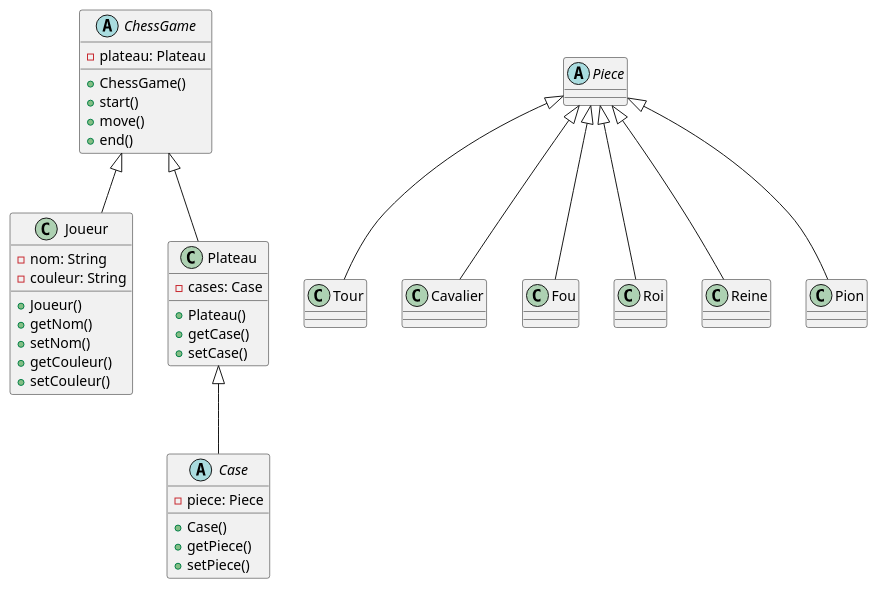
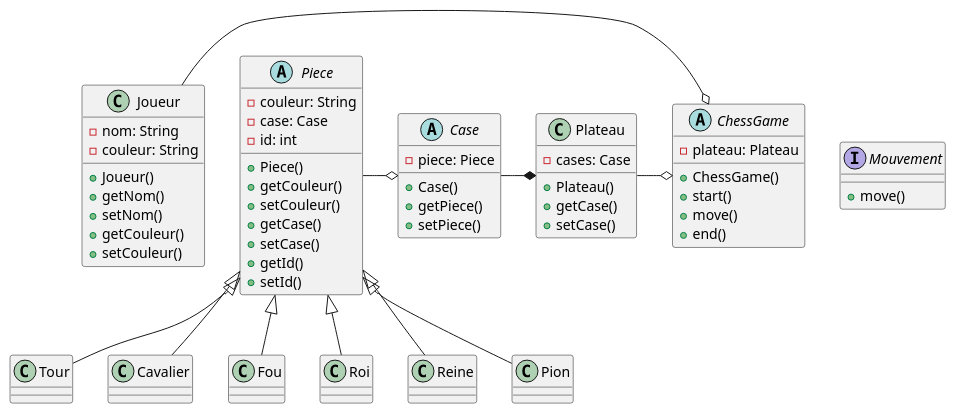
The diagram in DiagrammeEchec.puml (CPE-LYON-APICOT/projet-chessconcurrence), drawn with PlantUML before and after one commit.

Commit message:
v2 diagramme

```diff
--- a/DiagrammeEchec.puml
+++ b/DiagrammeEchec.puml
@@ -1,64 +1,86 @@
 @startuml
 
 abstract class ChessGame {
     -plateau: Plateau
     +ChessGame()
     +start()
     +move()
     +end()
 }
 
-class Joueur extends ChessGame {
+class Joueur {
     -nom: String
     -couleur: String
     +Joueur()
     +getNom()
     +setNom()
     +getCouleur()
     +setCouleur()
 }
 
-class Plateau extends ChessGame {
+
+
+class Plateau {
     -cases: Case
     +Plateau()
     +getCase()
     +setCase()
 
 }
 
-abstract class Case extends Plateau {
+
+
+abstract class Case {
     -piece: Piece
     +Case()
     +getPiece()
     +setPiece()
 }
 
 
-abstract class Piece{
-
+abstract class Piece {
+    -couleur: String
+    -case: Case
+    -id: int
+    +Piece()
+    +getCouleur()
+    +setCouleur()
+    +getCase()
+    +setCase()
+    +getId()
+    +setId()
 }
 
 class Tour extends Piece {
 
 }
 
 class Cavalier extends Piece {
 
 }
 
 class Fou extends Piece {
 
 }
 
 class Roi extends Piece {
 
 }
 
 class Reine extends Piece {
 
 }
 
 class Pion extends Piece {
 
 }
+
+Interface Mouvement {
+    +move()
+}
+
+Joueur -o ChessGame
+Plateau -o ChessGame
+Piece -o Case
+Case -* Plateau
 @enduml
```
